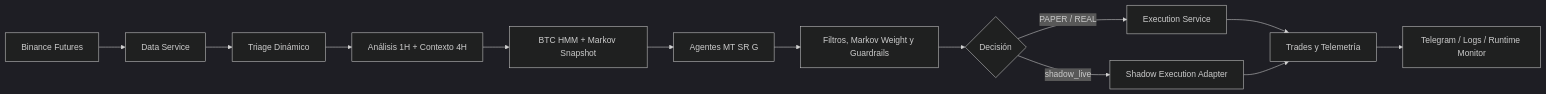
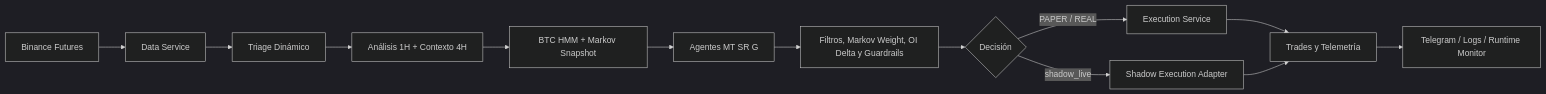
Before and after one commit to Rukawua26/Pbot-V5ARCH-DEV: the diagram in README.md, drawn with Mermaid (dark theme). The commit also changed other lines of this file and 10 other files, not shown here.

````diff
--- a/README.md
+++ b/README.md
@@ -51,15 +53,15 @@
 ```mermaid
 flowchart LR
     A[Binance Futures] --> B[Data Service]
     B --> C[Triage Dinámico]
     C --> D[Análisis 1H + Contexto 4H]
     D --> R[BTC HMM + Markov Snapshot]
     R --> E[Agentes MT SR G]
-    E --> F[Filtros, Markov Weight y Guardrails]
+    E --> F[Filtros, Markov Weight, OI Delta y Guardrails]
     F --> G{Decisión}
     G -->|PAPER / REAL| H[Execution Service]
     G -->|shadow_live| I[Shadow Execution Adapter]
     H --> J[Trades y Telemetría]
     I --> J
     J --> K[Telegram / Logs / Runtime Monitor]
 ```
````
